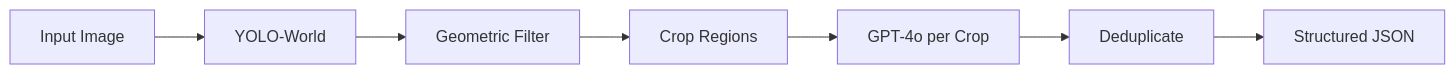
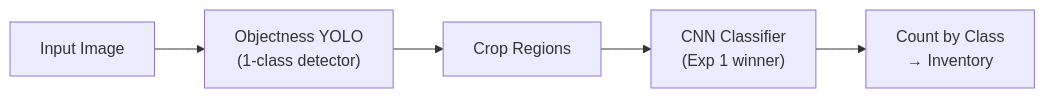
One commit to omorros/SnapShelf changed the third of 6 diagrams in research/02-pipeline-comparison/README.md. Above: the diagram before and after it, drawn with Mermaid. The commit also changed other lines of this file, not shown here.

````diff
--- a/research/02-pipeline-comparison/README.md
+++ b/research/02-pipeline-comparison/README.md
@@ -82,9 +106,7 @@
 ```mermaid
 flowchart LR
-    A[Input Image] --> B[YOLO-World]
-    B --> C[Geometric Filter]
-    C --> D[Crop Regions]
-    D --> E[GPT-4o per Crop]
-    E --> F[Deduplicate]
-    F --> G[Structured JSON]
+    A[Input Image] --> B["Objectness YOLO\n(1-class detector)"]
+    B --> C[Crop Regions]
+    C --> D["CNN Classifier\n(Exp 1 winner)"]
+    D --> E["Count by Class\n→ Inventory"]
 ```
````
